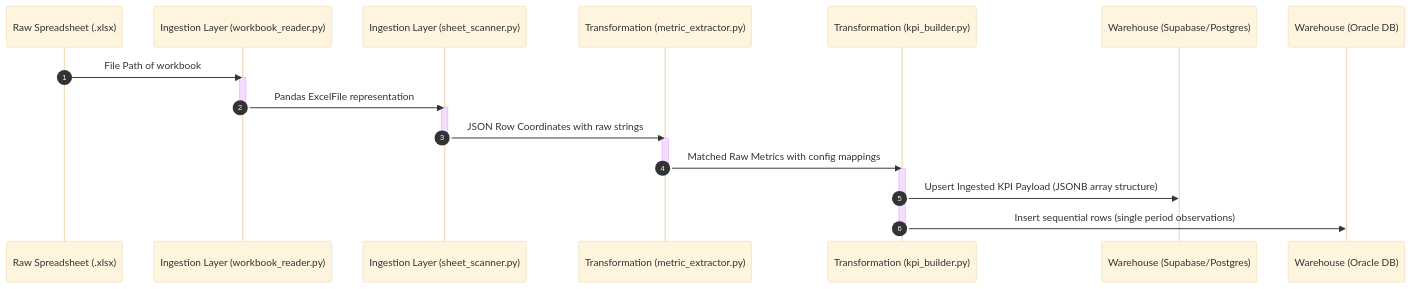
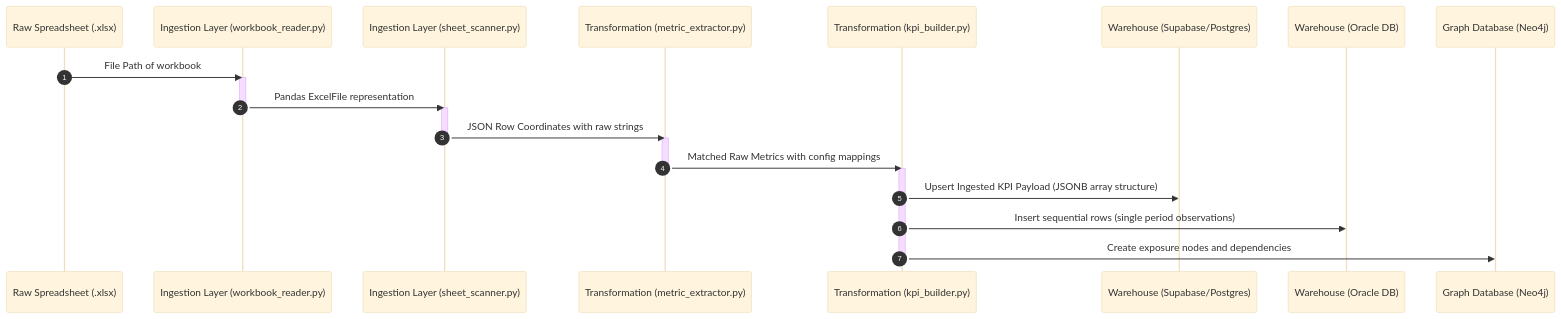
The second of 3 diagrams in docs/architecture/architecture.md (VED-VIVEK-TALMALEY/quantumlens-HSBC), drawn with Mermaid (base theme) before and after one commit. The commit also changed other lines of this file and 3 other files, not shown here.

````diff
--- a/docs/architecture/architecture.md
+++ b/docs/architecture/architecture.md
@@ -125,26 +141,28 @@
 ```mermaid
 sequenceDiagram
     autonumber
     participant Excel as Raw Spreadsheet (.xlsx)
     participant Reader as Ingestion Layer (workbook_reader.py)
     participant Scanner as Ingestion Layer (sheet_scanner.py)
     participant Extractor as Transformation (metric_extractor.py)
     participant Builder as Transformation (kpi_builder.py)
     participant DB as Warehouse (Supabase/Postgres)
     participant Oracle as Warehouse (Oracle DB)
+    participant Neo4j as Graph Database (Neo4j)
 
     Excel->>Reader: File Path of workbook
     activate Reader
     Reader->>Scanner: Pandas ExcelFile representation
     deactivate Reader
     activate Scanner
     Scanner->>Extractor: JSON Row Coordinates with raw strings
     deactivate Scanner
     activate Extractor
     Extractor->>Builder: Matched Raw Metrics with config mappings
     deactivate Extractor
     activate Builder
     Builder->>DB: Upsert Ingested KPI Payload (JSONB array structure)
     Builder->>Oracle: Insert sequential rows (single period observations)
+    Builder->>Neo4j: Create exposure nodes and dependencies
     deactivate Builder
 ```
````
